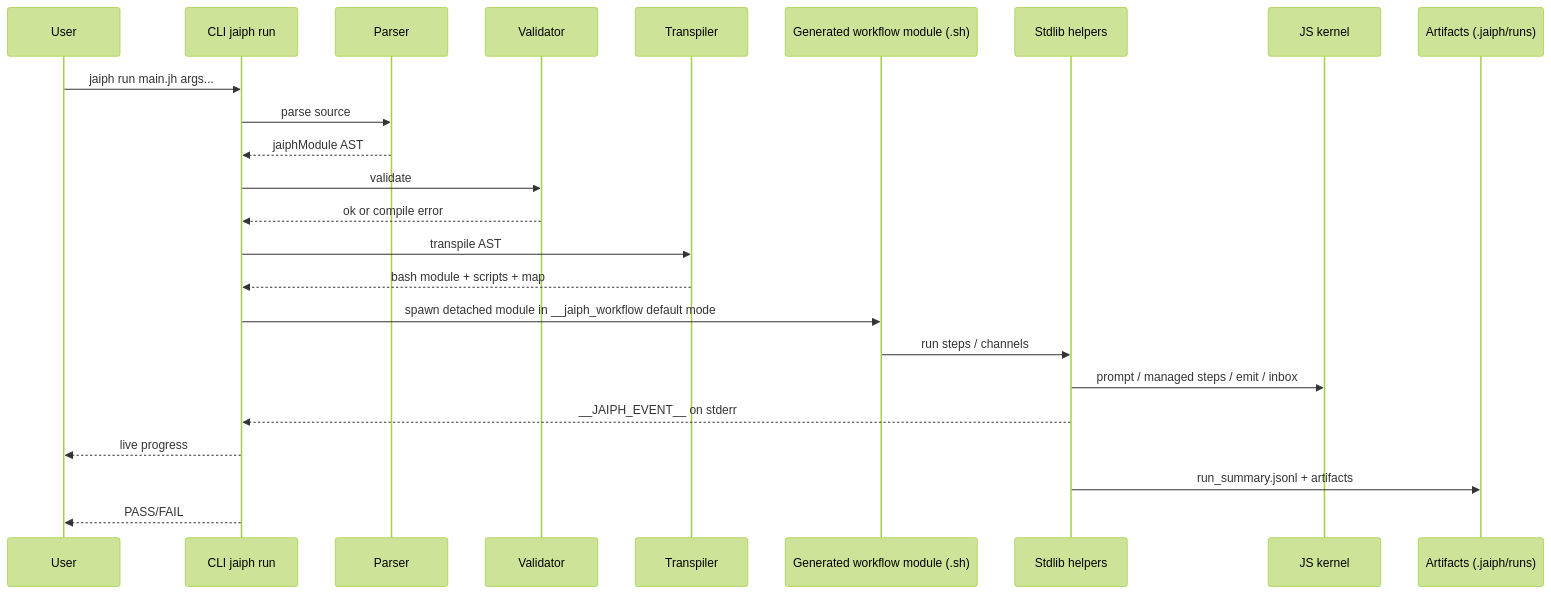
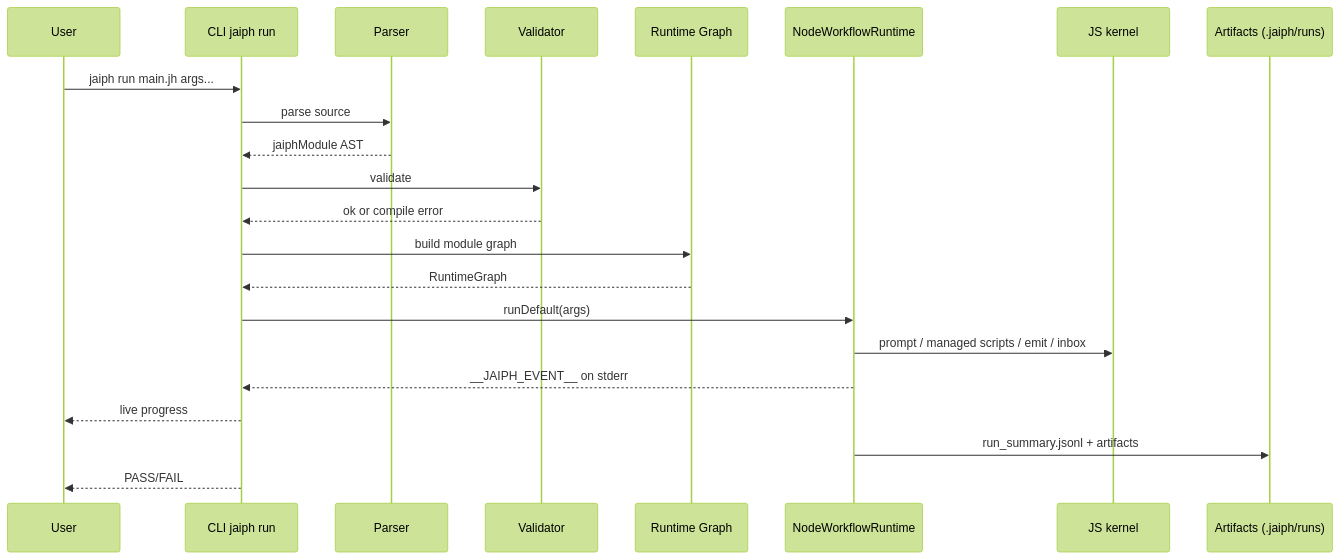
The second of 3 diagrams in ARCHITECTURE.md (jaiphlang/jaiph), drawn with Mermaid (forest theme) before and after one commit. The commit also changed other lines of this file and 27 other files, not shown here.

First line of the commit message:
Feat: Add Node-native test runner and remove Bash test transpilation

````diff
--- a/ARCHITECTURE.md
+++ b/ARCHITECTURE.md
@@ -128,27 +133,25 @@
 ```mermaid
 sequenceDiagram
     participant User
     participant CLI as CLI jaiph run
     participant Parser as Parser
     participant Validator as Validator
-    participant Transpiler as Transpiler
-    participant Bash as Generated workflow module (.sh)
-    participant Runtime as Stdlib helpers
+    participant Graph as Runtime Graph
+    participant Runtime as NodeWorkflowRuntime
     participant Kernel as JS kernel
     participant Report as Artifacts (.jaiph/runs)
 
     User->>CLI: jaiph run main.jh args...
     CLI->>Parser: parse source
     Parser-->>CLI: jaiphModule AST
     CLI->>Validator: validate
     Validator-->>CLI: ok or compile error
-    CLI->>Transpiler: transpile AST
-    Transpiler-->>CLI: bash module + scripts + map
-    CLI->>Bash: spawn detached module in __jaiph_workflow default mode
-    Bash->>Runtime: run steps / channels
-    Runtime->>Kernel: prompt / managed steps / emit / inbox
+    CLI->>Graph: build module graph
+    Graph-->>CLI: RuntimeGraph
+    CLI->>Runtime: runDefault(args)
+    Runtime->>Kernel: prompt / managed scripts / emit / inbox
     Runtime-->>CLI: __JAIPH_EVENT__ on stderr
     CLI-->>User: live progress
     Runtime->>Report: run_summary.jsonl + artifacts
     CLI-->>User: PASS/FAIL
 ```
````
